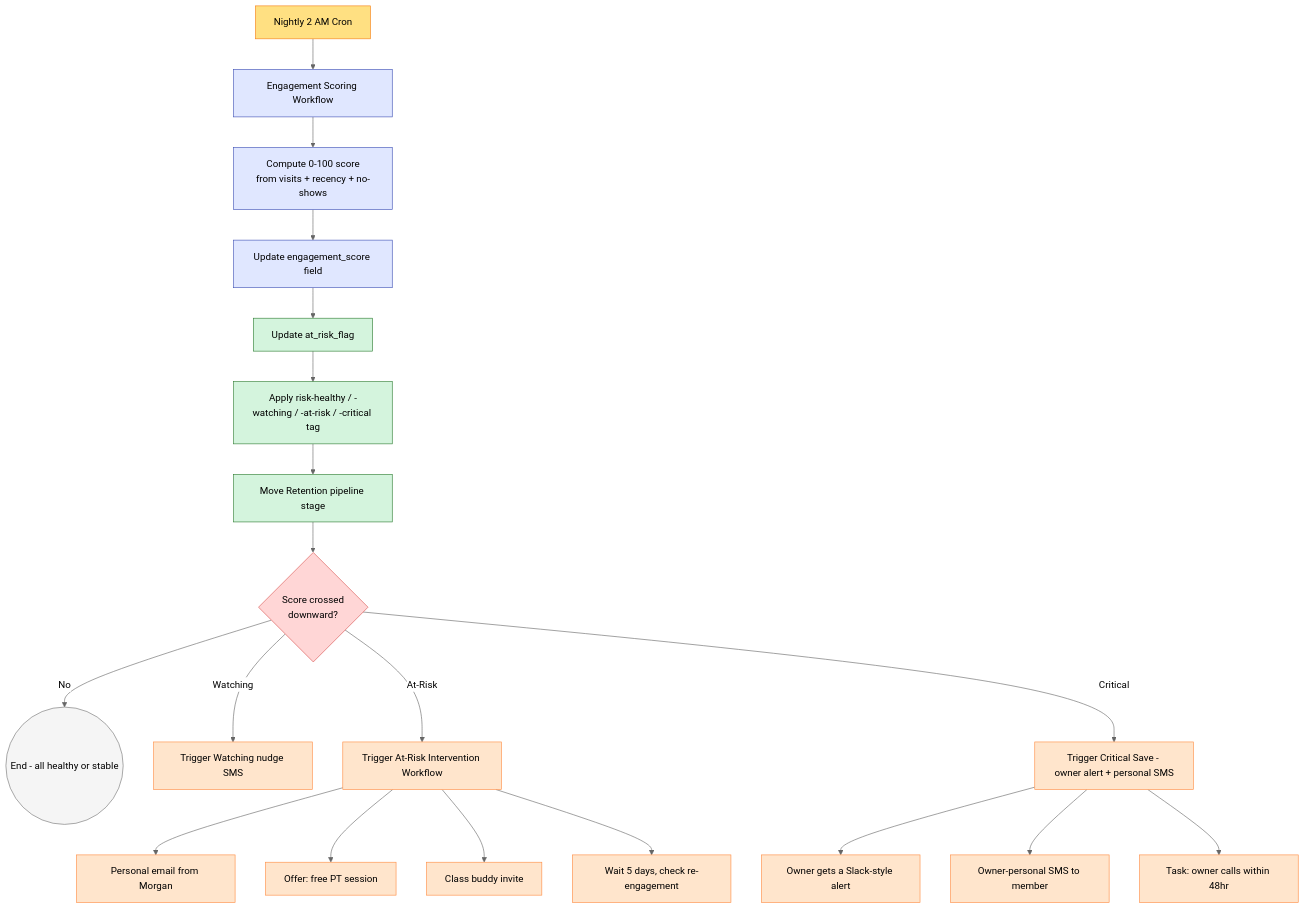
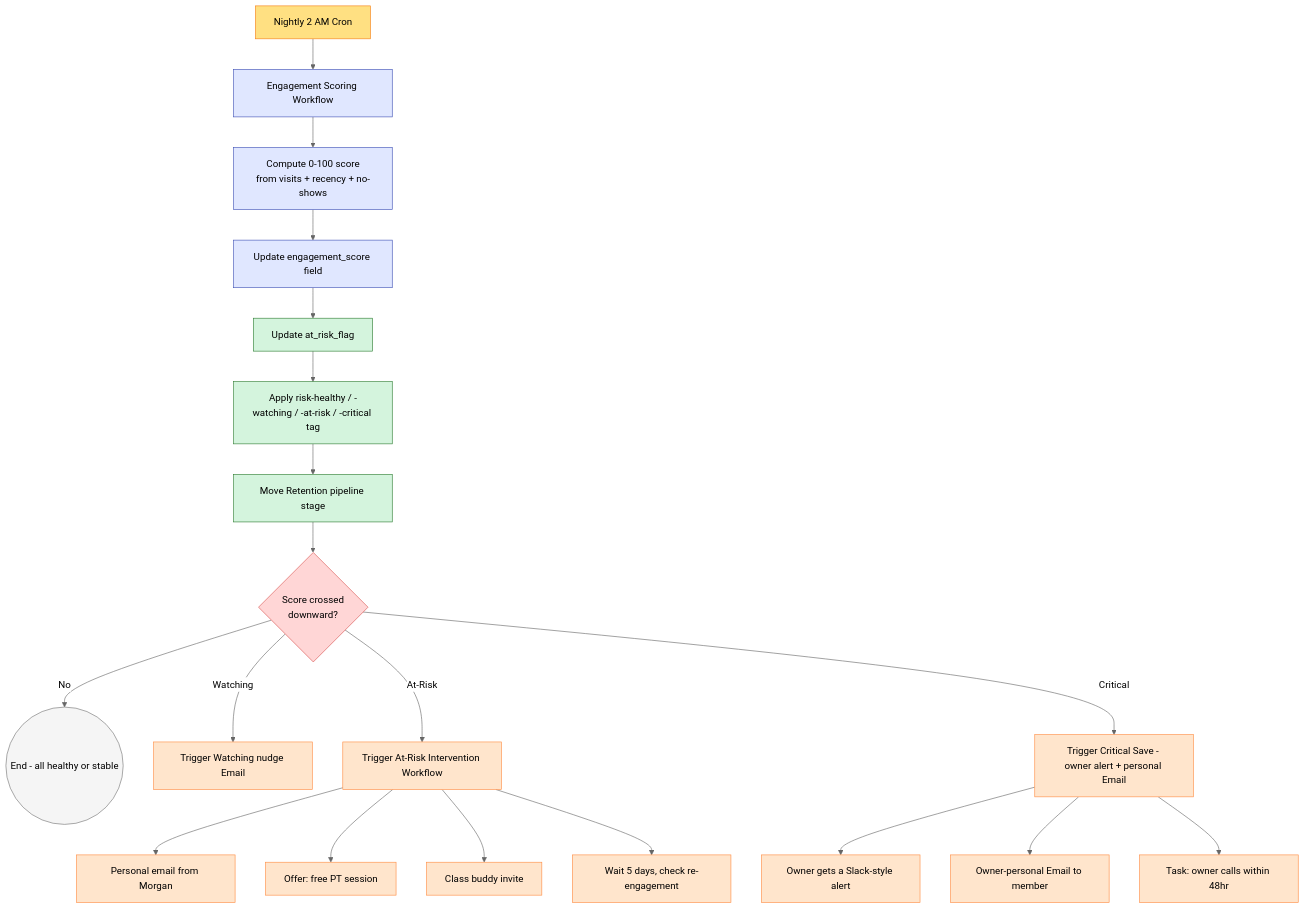
The diagram in client-demo/sunrise-wellness-studio/problems/05-retention-and-churn-prevention/README.md (safeer-maker/GoHighLevel), drawn with Mermaid (neutral theme) before and after one commit. The commit also changed other lines of this file and 50 other files, not shown here.

````diff
--- a/client-demo/sunrise-wellness-studio/problems/05-retention-and-churn-prevention/README.md
+++ b/client-demo/sunrise-wellness-studio/problems/05-retention-and-churn-prevention/README.md
@@ -44,37 +44,37 @@
 ```mermaid
 graph TD
     Cron[Nightly 2 AM Cron] --> Score[Engagement Scoring Workflow]
     Score --> Calc[Compute 0-100 score<br/>from visits + recency + no-shows]
     Calc --> Field[Update engagement_score field]
     Field --> Flag[Update at_risk_flag]
     Flag --> Tag[Apply risk-healthy / -watching / -at-risk / -critical tag]
     Tag --> Pipe[Move Retention pipeline stage]
     Pipe --> Detect{Score crossed<br/>downward?}
     Detect -->|No| End1((End - all healthy or stable))
-    Detect -->|Watching| Watch[Trigger Watching nudge SMS]
+    Detect -->|Watching| Watch[Trigger Watching nudge Email]
     Detect -->|At-Risk| AtRisk[Trigger At-Risk Intervention Workflow]
-    Detect -->|Critical| Crit[Trigger Critical Save - owner alert + personal SMS]
+    Detect -->|Critical| Crit[Trigger Critical Save - owner alert + personal Email]
 
     AtRisk --> Action1[Personal email from Morgan]
     AtRisk --> Action2[Offer: free PT session]
     AtRisk --> Action3[Class buddy invite]
     AtRisk --> Action4[Wait 5 days, check re-engagement]
 
     Crit --> COwner[Owner gets a Slack-style alert]
-    Crit --> CSMS[Owner-personal SMS to member]
+    Crit --> CSMS[Owner-personal Email to member]
     Crit --> CCall[Task: owner calls within 48hr]
 
     classDef cron fill:#FFE082,stroke:#F57F17
     classDef calc fill:#E0E7FF,stroke:#3F51B5
     classDef tag fill:#D4F4DD,stroke:#2E7D32
     classDef cond fill:#FFD6D6,stroke:#D9534F
     classDef action fill:#FFE5CC,stroke:#FF8C42
     classDef exit fill:#F5F5F5,stroke:#757575
 
     class Cron cron
     class Score,Calc,Field calc
     class Flag,Tag,Pipe tag
     class Detect cond
     class Watch,AtRisk,Crit,Action1,Action2,Action3,Action4,COwner,CSMS,CCall action
     class End1 exit
 ```
````
